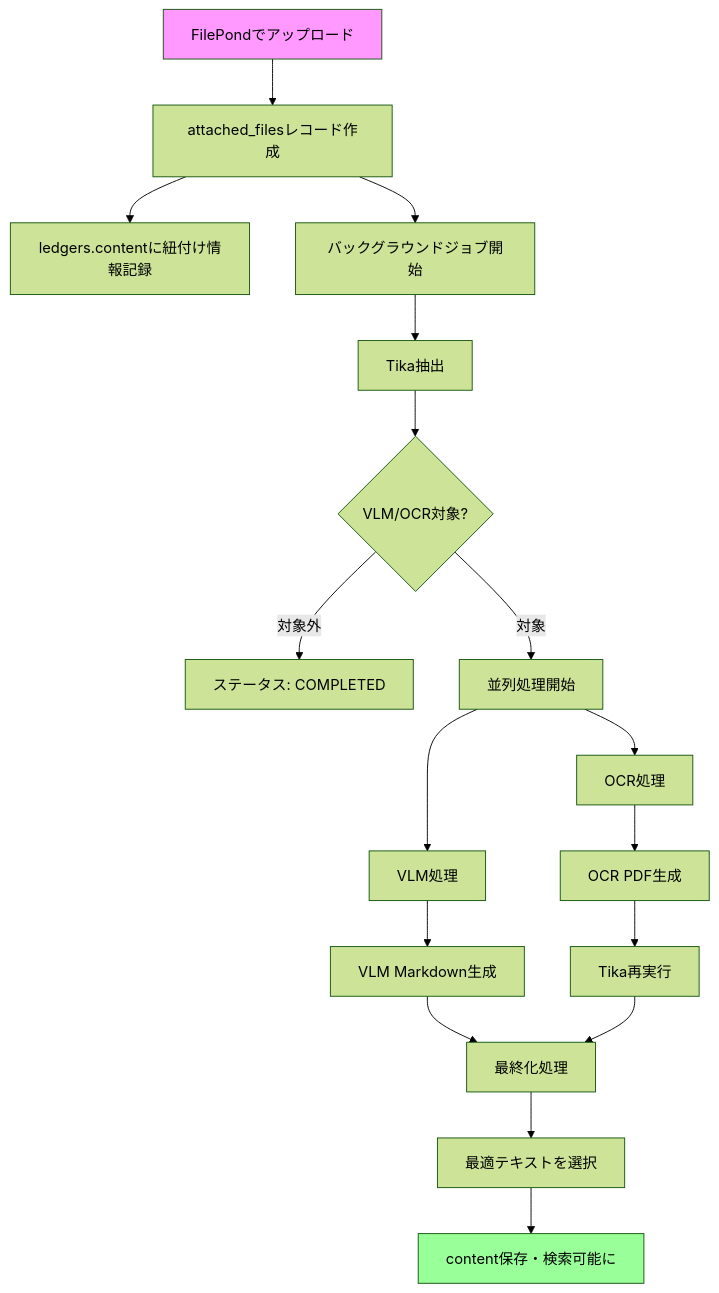
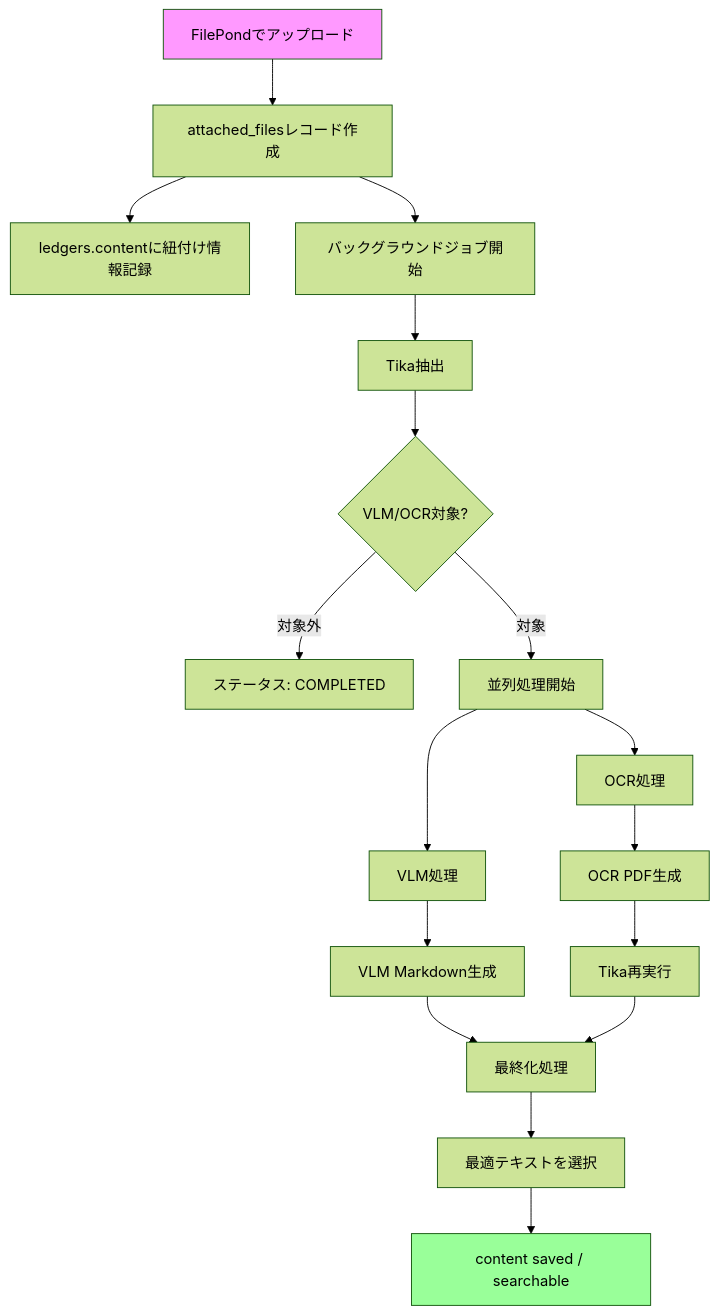
The diagram in docs/function/Attachment.md (torinky/LedgerLeap-oss), drawn with Mermaid (forest theme) before and after one commit. The commit also changed other lines of this file and 6 other files, not shown here.

````diff
--- a/docs/function/Attachment.md
+++ b/docs/function/Attachment.md
@@ -31,27 +31,27 @@
 ```mermaid
 graph TD
     A[FilePondでアップロード] --> B[attached_filesレコード作成]
     B --> C[ledgers.contentに紐付け情報記録]
     B --> D[バックグラウンドジョブ開始]
     
     D --> E[Tika抽出]
     E --> F{VLM/OCR対象?}
     F -->|対象外| G[ステータス: COMPLETED]
     F -->|対象| H[並列処理開始]
     
     H --> I[VLM処理]
     H --> J[OCR処理]
     
     I --> K[VLM Markdown生成]
     J --> L[OCR PDF生成]
     L --> M[Tika再実行]
     
     K --> N[最終化処理]
     M --> N
     
     N --> O[最適テキストを選択]
-    O --> P[content保存・検索可能に]
+    O --> P[content saved / searchable]
     
     style A fill:#f9f
     style P fill:#9f9
 ```
````
